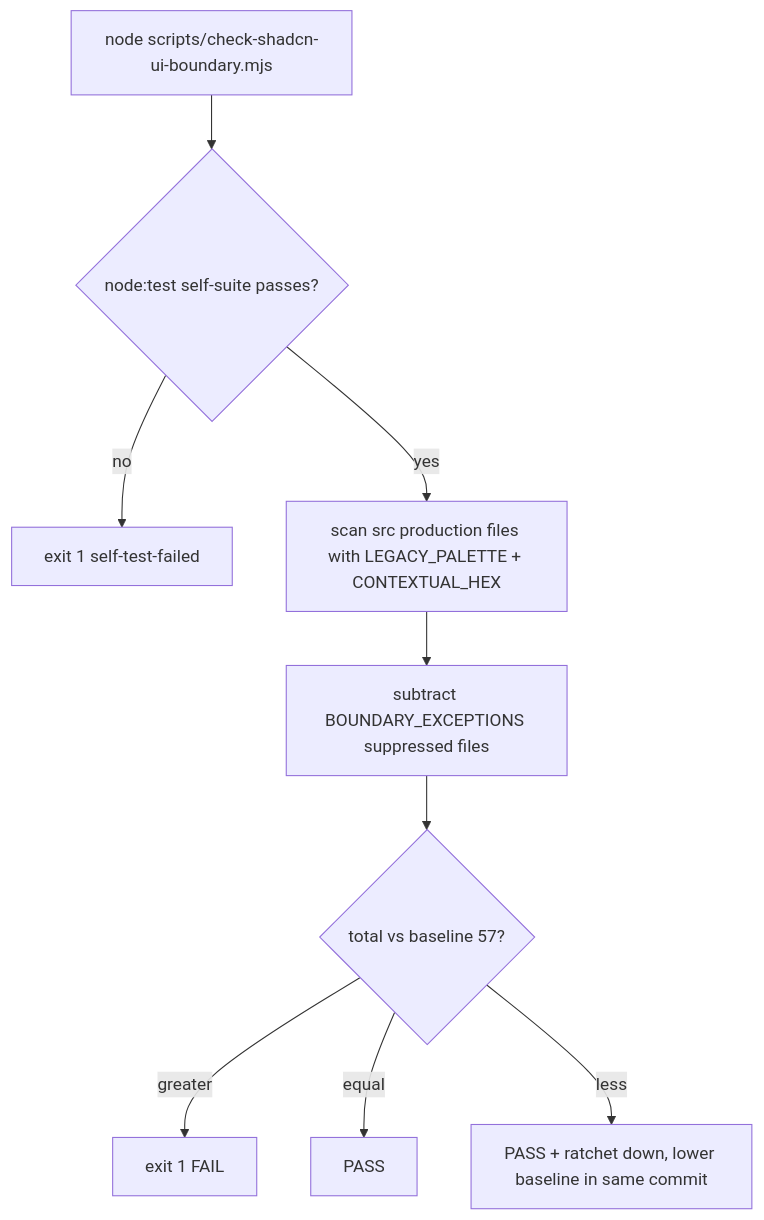
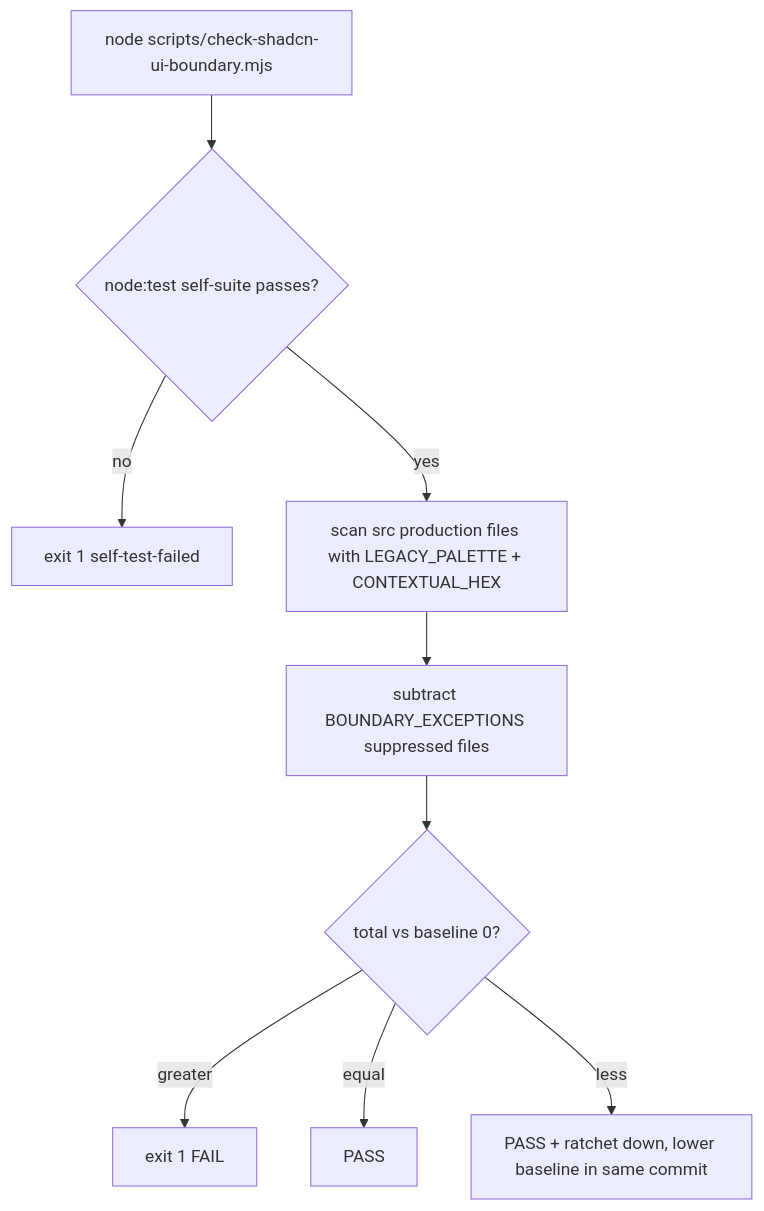
One commit to salacoste/wb-erp-system-daytona-FE changed the diagram in openwiki/conventions-and-quality.md. Above: the diagram before and after it, drawn with Mermaid. The commit also changed other lines of this file and 13 other files, not shown here.

````diff
--- a/openwiki/conventions-and-quality.md
+++ b/openwiki/conventions-and-quality.md
@@ -232,11 +232,11 @@
 ```mermaid
 flowchart TD
     A["node scripts/check-shadcn-ui-boundary.mjs"] --> B{"node:test self-suite passes?"}
     B -- no --> F["exit 1 self-test-failed"]
     B -- yes --> C["scan src production files with LEGACY_PALETTE + CONTEXTUAL_HEX"]
     C --> D["subtract BOUNDARY_EXCEPTIONS suppressed files"]
-    D --> E{"total vs baseline 57?"}
+    D --> E{"total vs baseline 0?"}
     E -- greater --> G["exit 1 FAIL"]
     E -- equal --> H["PASS"]
     E -- less --> I["PASS + ratchet down, lower baseline in same commit"]
 ```
````
